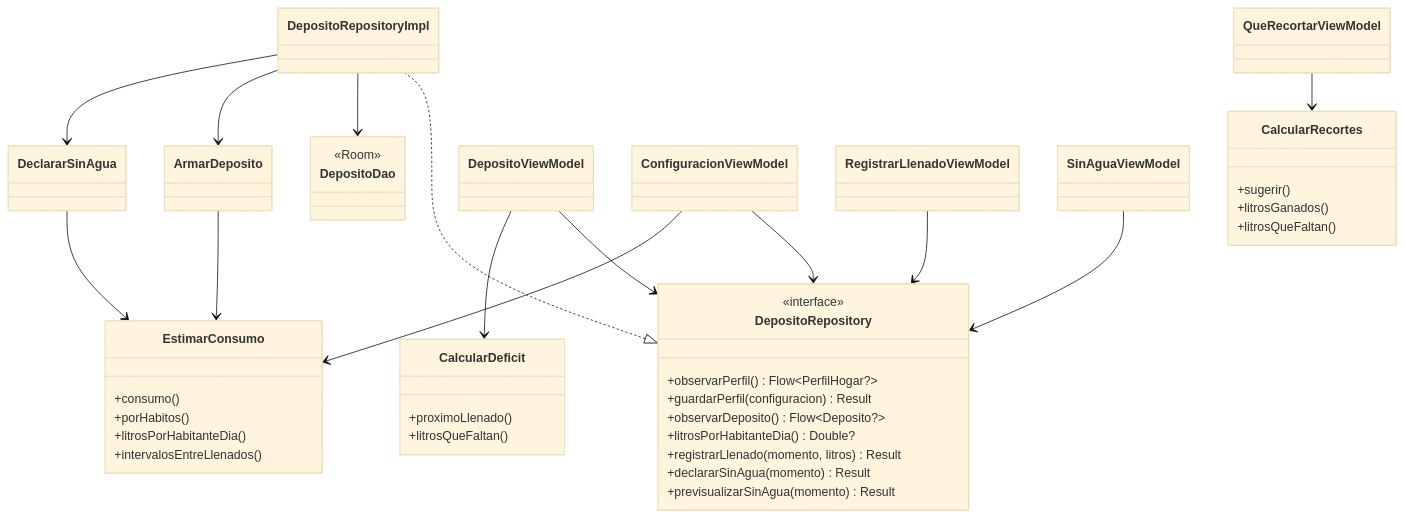
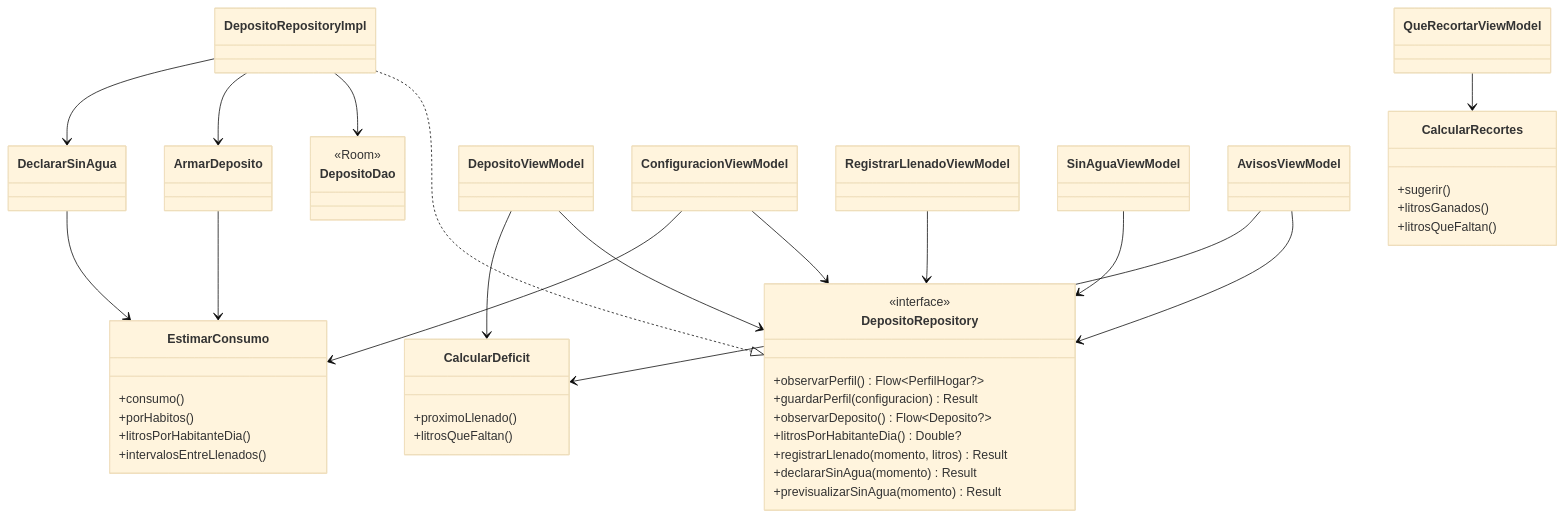
One commit to IkerASierraR/AguardApp changed diagram 14 of 19 in informes/FD04-SAD.md. Above: the diagram before and after it, drawn with Mermaid (base theme). The commit also changed other lines of this file and 2 other files, not shown here.

````diff
--- a/informes/FD04-SAD.md
+++ b/informes/FD04-SAD.md
@@ -405,53 +443,56 @@
 ```mermaid
 classDiagram
     class DepositoRepository {
       <<interface>>
       +observarPerfil() Flow~PerfilHogar?~
       +guardarPerfil(configuracion) Result
       +observarDeposito() Flow~Deposito?~
       +litrosPorHabitanteDia() Double?
       +registrarLlenado(momento, litros) Result
       +declararSinAgua(momento) Result
       +previsualizarSinAgua(momento) Result
     }
     class DepositoRepositoryImpl
     class DepositoDao {
       <<Room>>
     }
     class ArmarDeposito
     class DeclararSinAgua
     class EstimarConsumo {
       +consumo()
       +porHabitos()
       +litrosPorHabitanteDia()
       +intervalosEntreLlenados()
     }
     class CalcularDeficit {
       +proximoLlenado()
       +litrosQueFaltan()
     }
     class CalcularRecortes {
       +sugerir()
       +litrosGanados()
       +litrosQueFaltan()
     }
     class DepositoViewModel
     class ConfiguracionViewModel
     class RegistrarLlenadoViewModel
     class QueRecortarViewModel
     class SinAguaViewModel
+    class AvisosViewModel
 
     DepositoRepositoryImpl ..|> DepositoRepository
     DepositoRepositoryImpl --> DepositoDao
     DepositoRepositoryImpl --> ArmarDeposito
     DepositoRepositoryImpl --> DeclararSinAgua
     ArmarDeposito --> EstimarConsumo
     DeclararSinAgua --> EstimarConsumo
     DepositoViewModel --> DepositoRepository
     DepositoViewModel --> CalcularDeficit
     ConfiguracionViewModel --> DepositoRepository
     ConfiguracionViewModel --> EstimarConsumo
     RegistrarLlenadoViewModel --> DepositoRepository
     QueRecortarViewModel --> CalcularRecortes
     SinAguaViewModel --> DepositoRepository
+    AvisosViewModel --> DepositoRepository
+    AvisosViewModel --> CalcularDeficit
 ```
````
